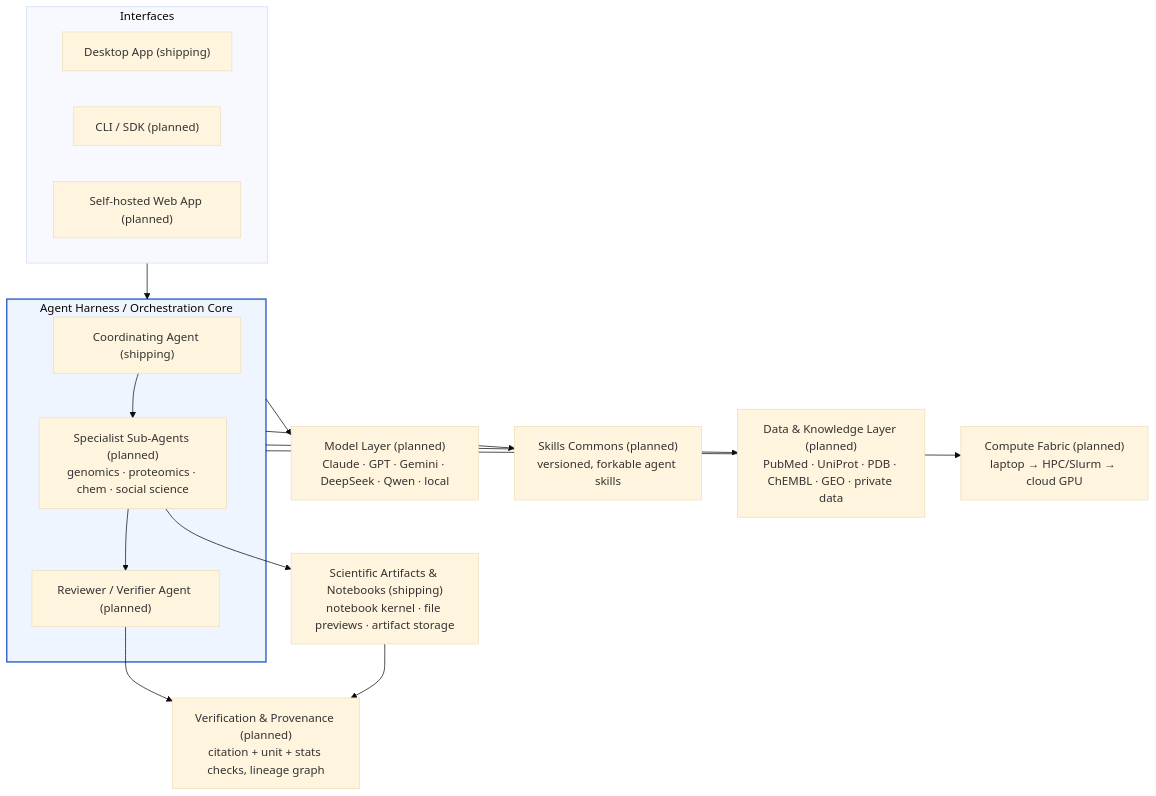
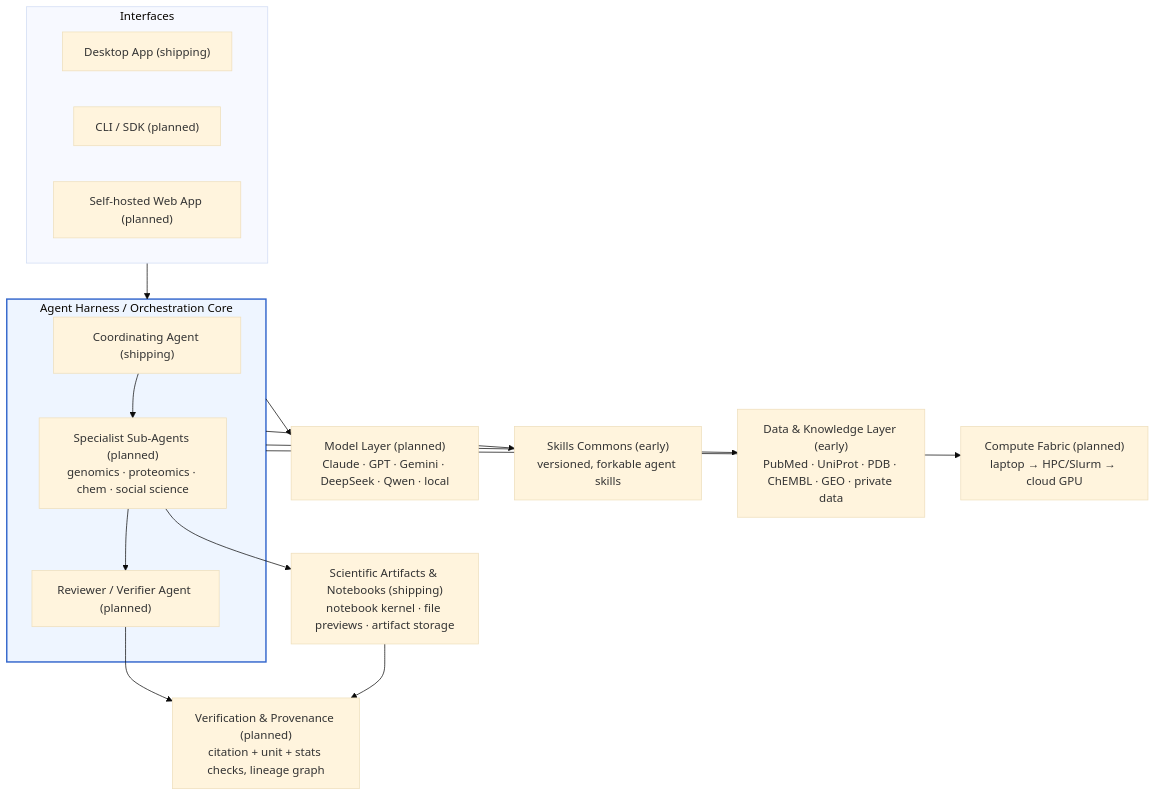
Before and after one commit to MIK-HEAL/JustVerifier: the fourth of 6 diagrams in README.md, drawn with Mermaid (base theme). The commit also changed other lines of this file and 4 other files, not shown here.

````diff
--- a/README.md
+++ b/README.md
@@ -217,29 +217,29 @@
 ```mermaid
 flowchart TB
     subgraph IF["Interfaces"]
         Desktop["Desktop App (shipping)"]
         CLI["CLI / SDK (planned)"]
         Web["Self-hosted Web App (planned)"]
     end
 
     IF --> Core
 
     subgraph Core["Agent Harness / Orchestration Core"]
         Coordinator["Coordinating Agent (shipping)"]
         Specialists["Specialist Sub-Agents (planned)<br/>genomics · proteomics · chem · social science"]
         Reviewer["Reviewer / Verifier Agent (planned)"]
         Coordinator --> Specialists
         Specialists --> Reviewer
     end
 
     Core --> Models["Model Layer (planned)<br/>Claude · GPT · Gemini · DeepSeek · Qwen · local"]
-    Core --> Skills["Skills Commons (planned)<br/>versioned, forkable agent skills"]
-    Core --> Data["Data & Knowledge Layer (planned)<br/>PubMed · UniProt · PDB · ChEMBL · GEO · private data"]
+    Core --> Skills["Skills Commons (early)<br/>versioned, forkable agent skills"]
+    Core --> Data["Data & Knowledge Layer (early)<br/>PubMed · UniProt · PDB · ChEMBL · GEO · private data"]
     Core --> Compute["Compute Fabric (planned)<br/>laptop → HPC/Slurm → cloud GPU"]
 
     Specialists --> Artifacts["Scientific Artifacts & Notebooks (shipping)<br/>notebook kernel · file previews · artifact storage"]
     Reviewer --> Provenance["Verification & Provenance (planned)<br/>citation + unit + stats checks, lineage graph"]
     Artifacts --> Provenance
 
     style Core fill:#eef5ff,stroke:#3366cc,stroke-width:2px
 ```
````
